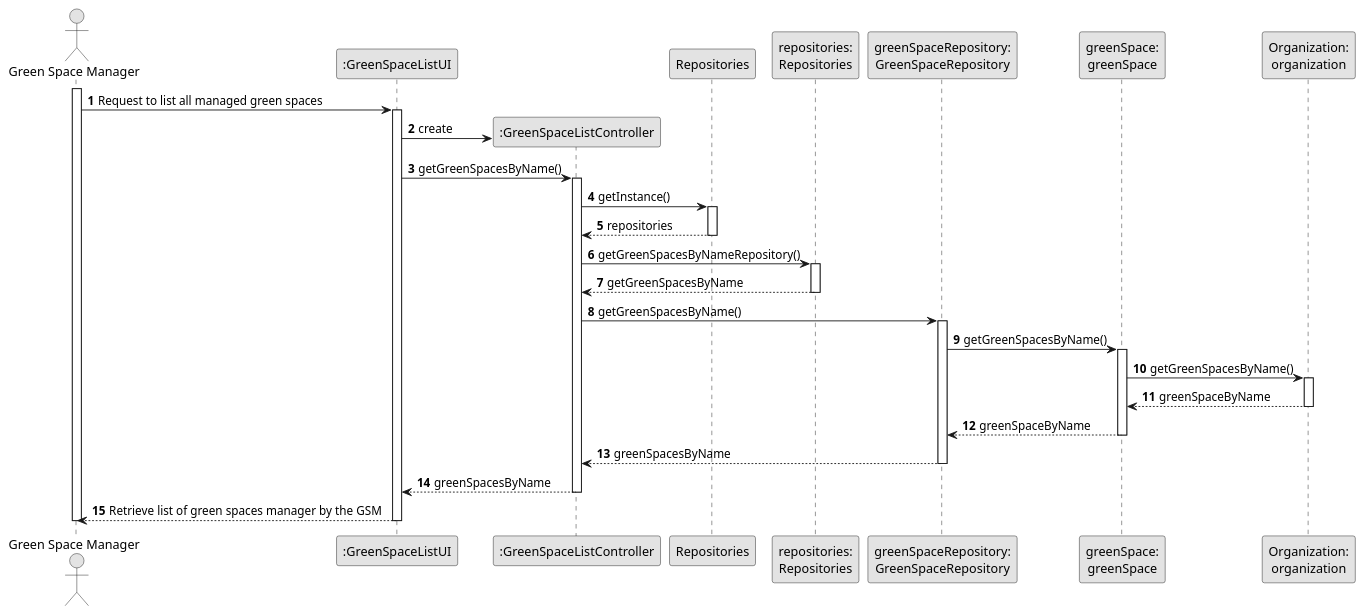
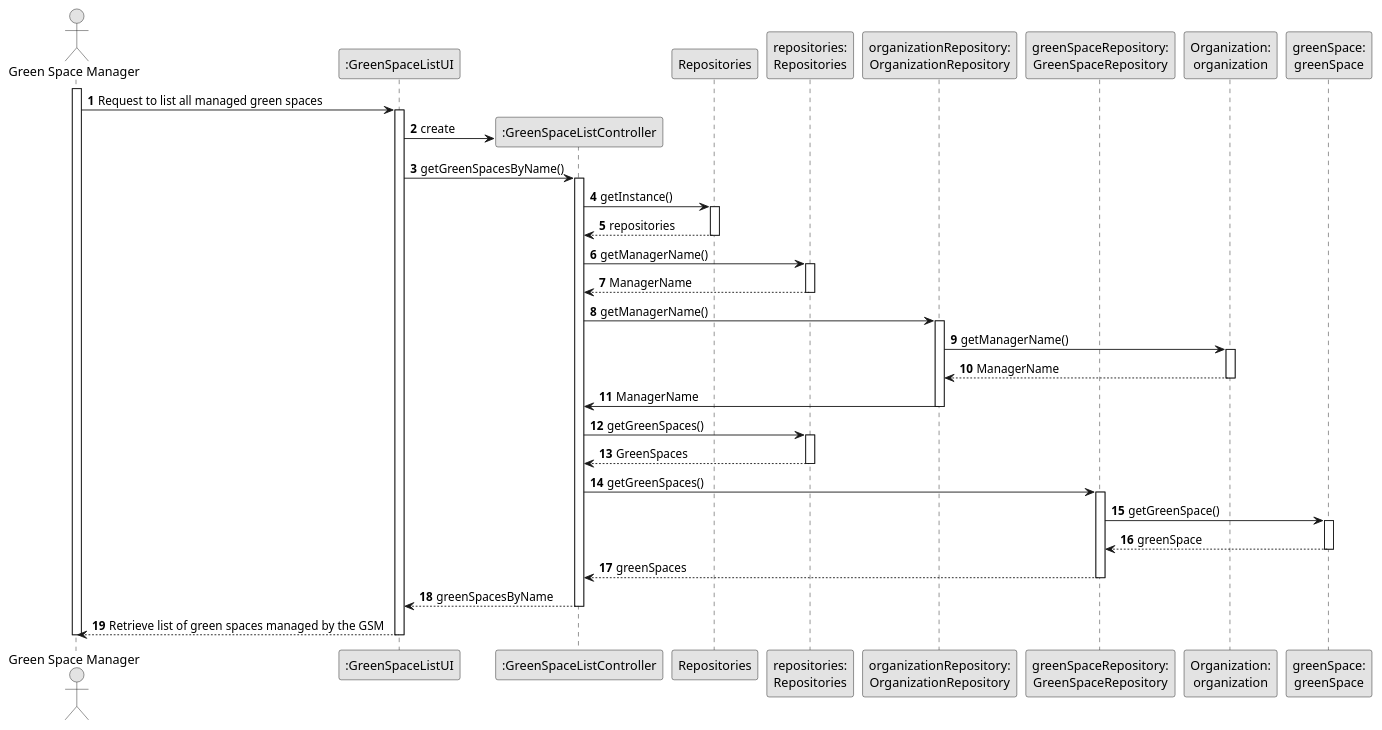
One commit to Departamento-de-Engenharia-Informatica/lei-24-s2-1df-1de-g063 changed the diagram in docs/SprintC/us27/03.design/puml/us027-sequence-diagram-full.puml. Above: the diagram before and after it, drawn with PlantUML. The commit also changed 5 other files, not shown here.

```diff
--- a/docs/SprintC/us27/03.design/puml/us027-sequence-diagram-full.puml
+++ b/docs/SprintC/us27/03.design/puml/us027-sequence-diagram-full.puml
@@ -1,91 +1,78 @@
 @startuml
 skinparam monochrome true
 skinparam packageStyle rectangle
 skinparam shadowing false
 
 autonumber
 
 'hide footbox
-actor "Green Space Manager" as VFM
+actor "Green Space Manager" as GSM
 participant ":GreenSpaceListUI" as UI
 participant ":GreenSpaceListController" as CTRL
 participant "Repositories" as Rep
 participant "repositories:\nRepositories" as Repositories
-participant "greenSpaceRepository:\nGreenSpaceRepository" as VehicleRepository
-participant "greenSpace:\ngreenSpace" as Vehicle
+participant "organizationRepository:\nOrganizationRepository" as OrganizationRepository
+participant "greenSpaceRepository:\nGreenSpaceRepository" as GreenSpaceRepository
 participant "Organization:\norganization" as org
+participant "greenSpace:\ngreenSpace" as GreenSpace
 
-activate VFM
+activate GSM
 
-VFM -> UI : Request to list all managed green spaces
+GSM -> UI : Request to list all managed green spaces
 
     activate UI
 
         UI -> CTRL** : create
-
-
-
 
         UI -> CTRL : getGreenSpacesByName()
         activate CTRL
 
             CTRL -> Rep : getInstance()
             activate Rep
 
                 Rep --> CTRL : repositories
             deactivate Rep
 
-
-
-
-            CTRL -> Repositories : getGreenSpacesByNameRepository()
+            CTRL -> Repositories : getManagerName()
             activate Repositories
 
-                Repositories --> CTRL : getGreenSpacesByName
+                Repositories --> CTRL : ManagerName
             deactivate Repositories
 
+            CTRL -> OrganizationRepository : getManagerName()
+            activate OrganizationRepository
 
+                OrganizationRepository -> org : getManagerName()
+                activate org
 
-            CTRL -> VehicleRepository : getGreenSpacesByName()
-                                    activate VehicleRepository
+                    org --> OrganizationRepository : ManagerName
+                deactivate org
 
-                                     VehicleRepository -> Vehicle : getGreenSpacesByName()
-                                    activate Vehicle
+                OrganizationRepository -> CTRL : ManagerName
+            deactivate OrganizationRepository
 
+            CTRL -> Repositories : getGreenSpaces()
+            activate Repositories
 
+                Repositories --> CTRL : GreenSpaces
+            deactivate Repositories
 
-                                      Vehicle -> org : getGreenSpacesByName()
-                                                                        activate org
+            CTRL -> GreenSpaceRepository : getGreenSpaces()
+            activate GreenSpaceRepository
 
+                GreenSpaceRepository -> GreenSpace : getGreenSpace()
+                activate GreenSpace
 
-                                                                        org --> Vehicle : greenSpaceByName
-                                                                                                            deactivate org
-
-
-                                    Vehicle --> VehicleRepository : greenSpaceByName
-                                                                        deactivate Vehicle
-
-
-
-
-                                        VehicleRepository --> CTRL : greenSpacesByName
-                                    deactivate VehicleRepository
-
-
-
-
-
+                    GreenSpace --> GreenSpaceRepository : greenSpace
+                deactivate GreenSpace
+                GreenSpaceRepository --> CTRL : greenSpaces
+            deactivate GreenSpaceRepository
 
             CTRL --> UI : greenSpacesByName
         deactivate CTRL
 
-        UI --> VFM : Retrieve list of green spaces manager by the GSM
-
-
-
-
-
-deactivate UI
-deactivate VFM
+        UI --> GSM : Retrieve list of green spaces managed by the GSM
+    deactivate UI
+deactivate GSM
 
 @enduml
```
